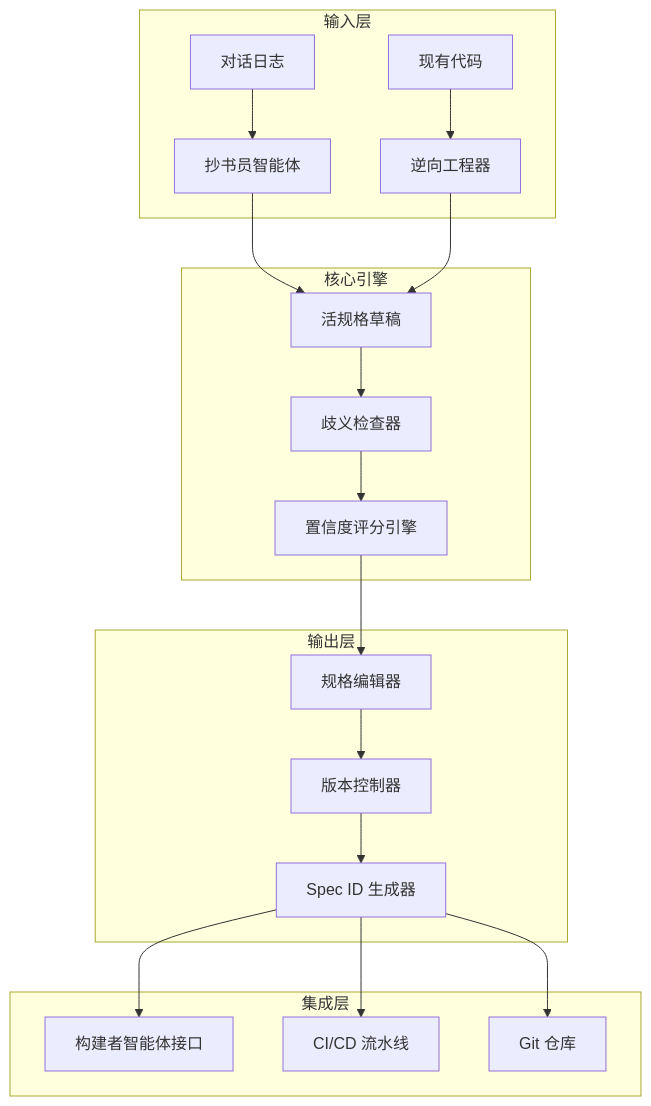
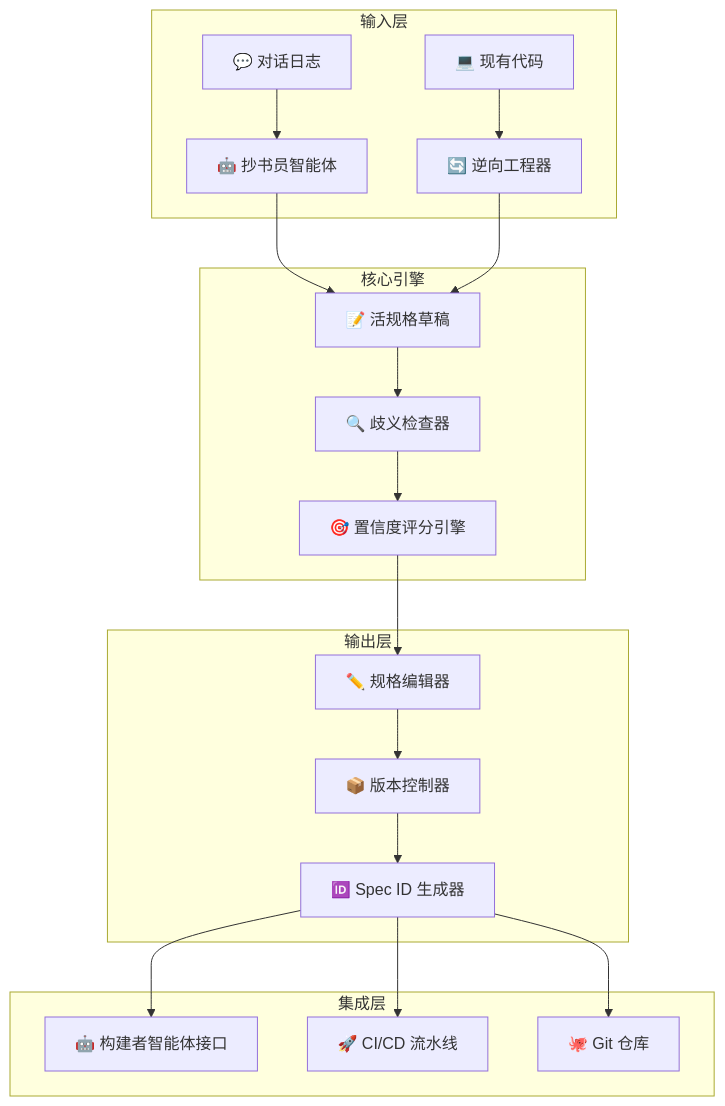
Before and after one commit to hrygo/SparkForge: the third of 4 diagrams in docs/PRD_Spec_Builder.md, drawn with Mermaid. The commit also changed other lines of this file and 4 other files, not shown here.

````diff
--- a/docs/PRD_Spec_Builder.md
+++ b/docs/PRD_Spec_Builder.md
@@ -155,26 +153,26 @@
 ```mermaid
 flowchart TB
-    subgraph Input["输入层"]
-        A[对话日志] --> B[抄书员智能体]
-        C[现有代码] --> D[逆向工程器]
+    subgraph Input [输入层]
+        A[💬 对话日志] --> B[🤖 抄书员智能体]
+        C[💻 现有代码] --> D[🔄 逆向工程器]
     end
 
-    subgraph Core["核心引擎"]
-        B --> E[活规格草稿]
+    subgraph Core [核心引擎]
+        B --> E[📝 活规格草稿]
         D --> E
-        E --> F[歧义检查器]
-        F --> G[置信度评分引擎]
+        E --> F[🔍 歧义检查器]
+        F --> G[🎯 置信度评分引擎]
     end
 
-    subgraph Output["输出层"]
-        G --> H[规格编辑器]
-        H --> I[版本控制器]
-        I --> J[Spec ID 生成器]
+    subgraph Output [输出层]
+        G --> H[✏️ 规格编辑器]
+        H --> I[📦 版本控制器]
+        I --> J[🆔 Spec ID 生成器]
     end
 
-    subgraph Integration["集成层"]
-        J --> K[构建者智能体接口]
-        J --> L[CI/CD 流水线]
-        J --> M[Git 仓库]
+    subgraph Integration [集成层]
+        J --> K[🤖 构建者智能体接口]
+        J --> L[🚀 CI/CD 流水线]
+        J --> M[🐙 Git 仓库]
     end
 ```
````
